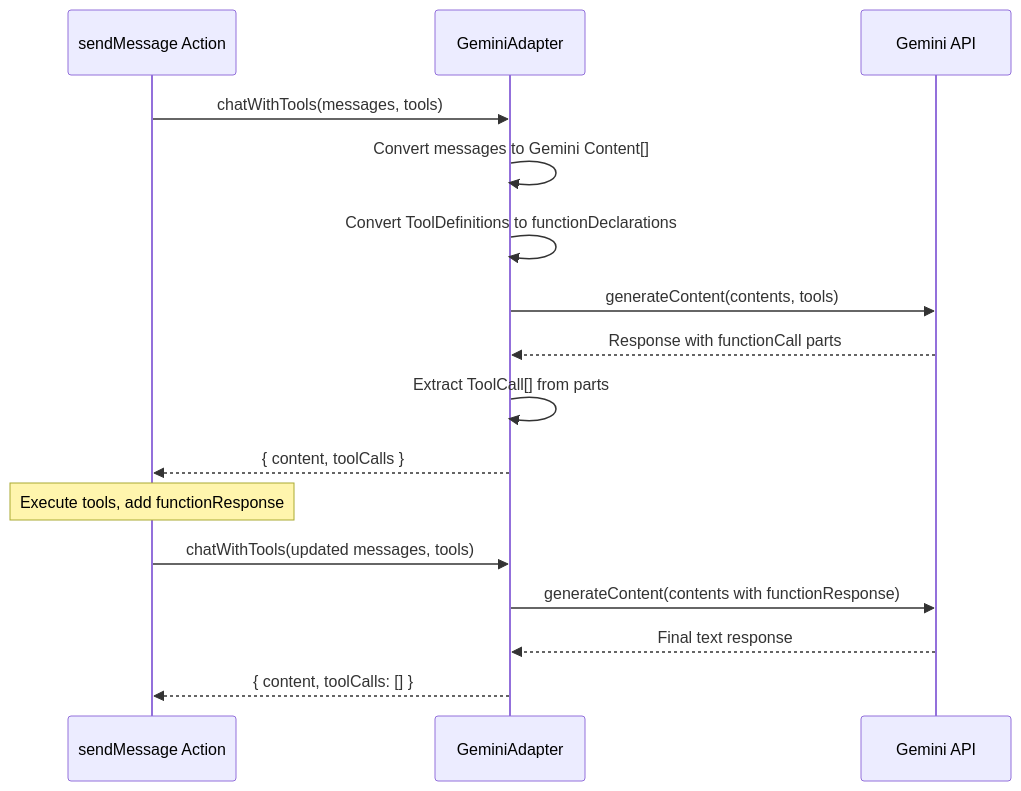
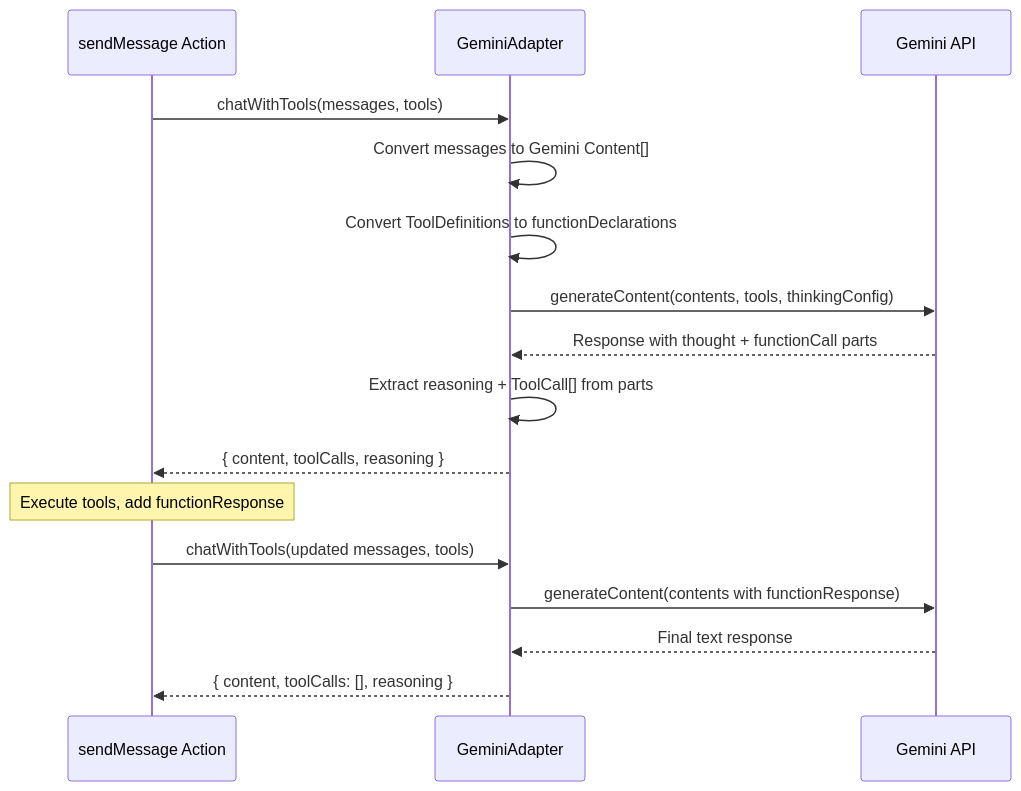
The third of 3 diagrams in docs/domain-knowledge/gemini-adapter.md (hinora/data-analysis), drawn with Mermaid before and after one commit. The commit also changed other lines of this file and 6 other files, not shown here.

````diff
--- a/docs/domain-knowledge/gemini-adapter.md
+++ b/docs/domain-knowledge/gemini-adapter.md
@@ -39,19 +87,19 @@
 ```mermaid
 sequenceDiagram
     participant Action as sendMessage Action
     participant Adapter as GeminiAdapter
     participant API as Gemini API
 
     Action->>Adapter: chatWithTools(messages, tools)
     Adapter->>Adapter: Convert messages to Gemini Content[]
     Adapter->>Adapter: Convert ToolDefinitions to functionDeclarations
-    Adapter->>API: generateContent(contents, tools)
-    API-->>Adapter: Response with functionCall parts
-    Adapter->>Adapter: Extract ToolCall[] from parts
-    Adapter-->>Action: { content, toolCalls }
+    Adapter->>API: generateContent(contents, tools, thinkingConfig)
+    API-->>Adapter: Response with thought + functionCall parts
+    Adapter->>Adapter: Extract reasoning + ToolCall[] from parts
+    Adapter-->>Action: { content, toolCalls, reasoning }
     Note over Action: Execute tools, add functionResponse
     Action->>Adapter: chatWithTools(updated messages, tools)
     Adapter->>API: generateContent(contents with functionResponse)
     API-->>Adapter: Final text response
-    Adapter-->>Action: { content, toolCalls: [] }
+    Adapter-->>Action: { content, toolCalls: [], reasoning }
 ```
````
